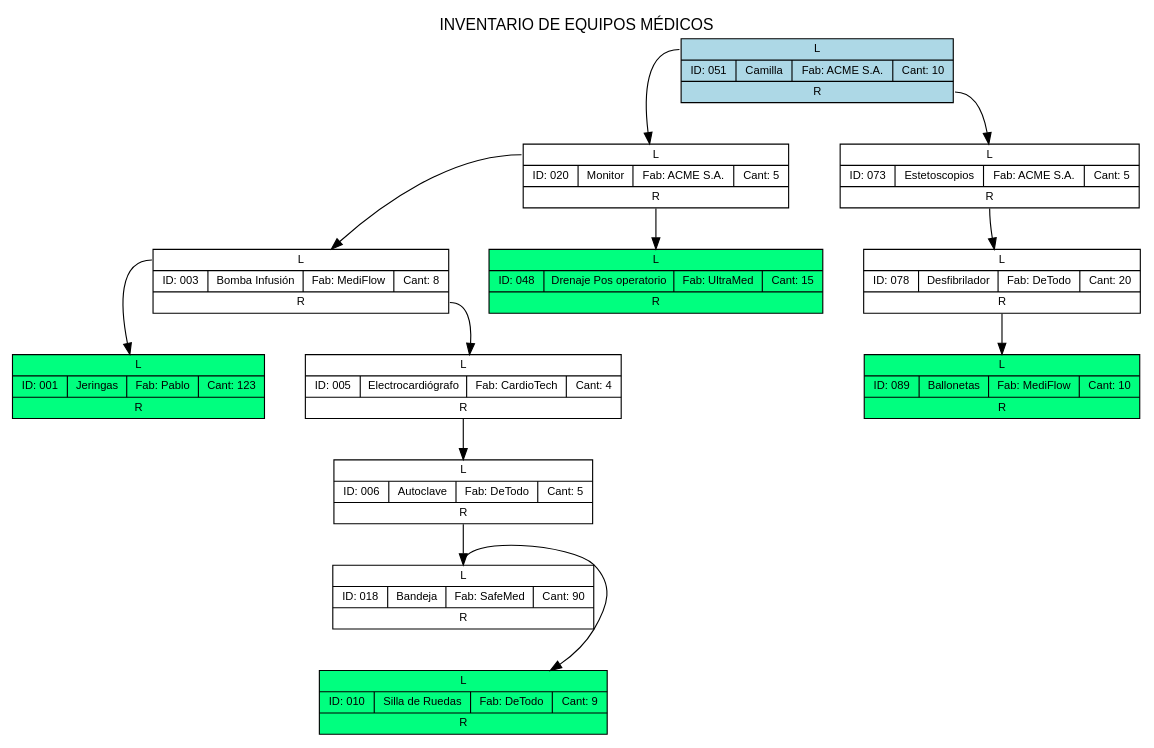
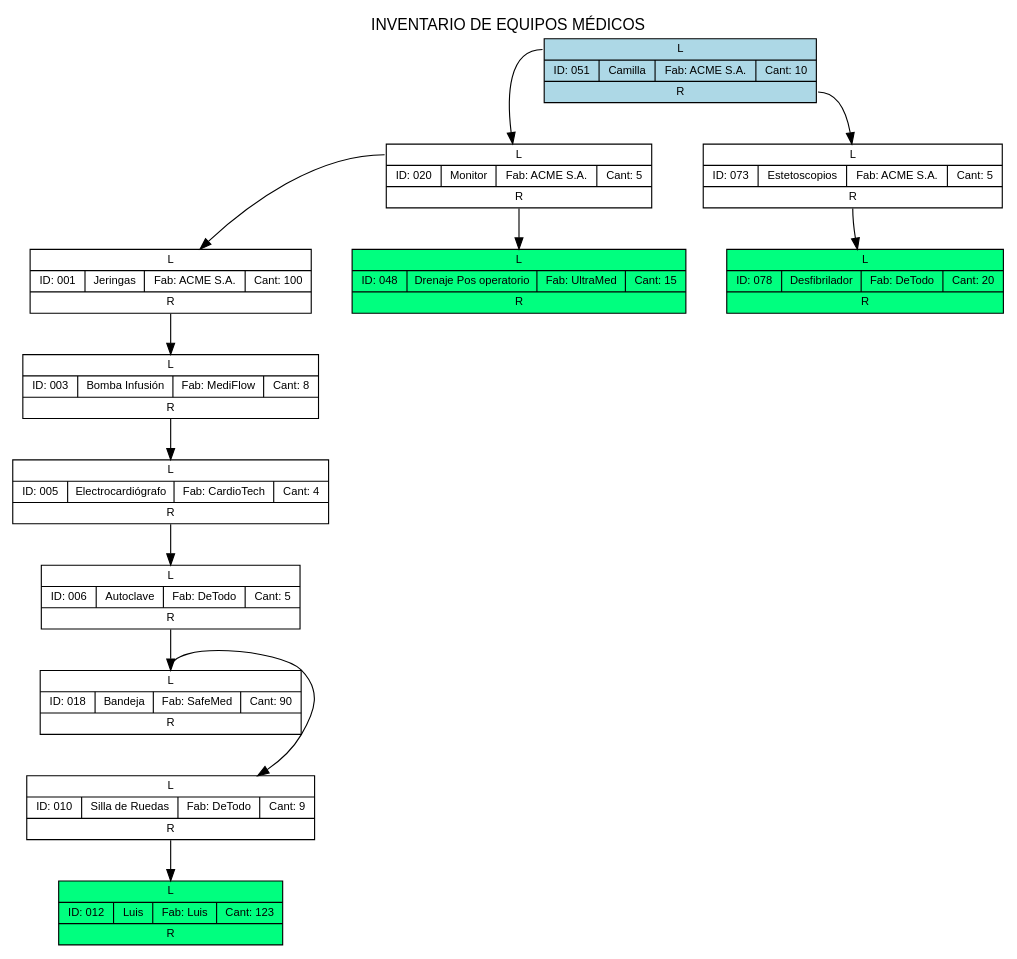
The diagram in EDD_Proyecto1_Fase2/Imagenes/reporte_equipo_bst.dot (Wicho45/EDD_1S2026_PY_202300727), drawn with Graphviz before and after one commit. The commit also changed 32 other files, not shown here.

```diff
--- a/EDD_Proyecto1_Fase2/Imagenes/reporte_equipo_bst.dot
+++ b/EDD_Proyecto1_Fase2/Imagenes/reporte_equipo_bst.dot
@@ -1,31 +1,31 @@
 digraph G {
     graph [ordering="out", ranksep=0.5, nodesep=0.5, fontname="Arial"];
     node [shape=record, fontname="Arial", fontsize=10, style=filled, fillcolor=white];
     edge [fontname="Arial", fontsize=8];
     label="INVENTARIO DE EQUIPOS MÉDICOS";
     labelloc="t";
 
-    "ModeloEquipoHASH0xa0304a138" [label="{ <f0> L | {ID: 051 | Camilla | Fab: ACME S.A. | Cant: 10} | <f2> R }", fillcolor="lightblue", periferies=2];
-    "ModeloEquipoHASH0xa0304a138":f0 -> "ModeloEquipoHASH0xa0304a690";
-    "ModeloEquipoHASH0xa0304a690" [label="{ <f0> L | {ID: 020 | Monitor | Fab: ACME S.A. | Cant: 5} | <f2> R }", fillcolor="white", periferies=1];
-    "ModeloEquipoHASH0xa0304a690":f0 -> "ModeloEquipoHASH0xa036efa08";
-    "ModeloEquipoHASH0xa036efa08" [label="{ <f0> L | {ID: 003 | Bomba Infusión | Fab: MediFlow | Cant: 8} | <f2> R }", fillcolor="white", periferies=1];
-    "ModeloEquipoHASH0xa036efa08":f0 -> "ModeloEquipoHASH0xa04553d68";
-    "ModeloEquipoHASH0xa04553d68" [label="{ <f0> L | {ID: 001 | Jeringas | Fab: Pablo | Cant: 123} | <f2> R }", fillcolor="springgreen", periferies=1];
-    "ModeloEquipoHASH0xa036efa08":f2 -> "ModeloEquipoHASH0xa03798a20";
-    "ModeloEquipoHASH0xa03798a20" [label="{ <f0> L | {ID: 005 | Electrocardiógrafo | Fab: CardioTech | Cant: 4} | <f2> R }", fillcolor="white", periferies=1];
-    "ModeloEquipoHASH0xa03798a20":f2 -> "ModeloEquipoHASH0xa0379b3c0";
-    "ModeloEquipoHASH0xa0379b3c0" [label="{ <f0> L | {ID: 006 | Autoclave | Fab: DeTodo | Cant: 5} | <f2> R }", fillcolor="white", periferies=1];
-    "ModeloEquipoHASH0xa0379b3c0":f2 -> "ModeloEquipoHASH0xa036e9a50";
-    "ModeloEquipoHASH0xa036e9a50" [label="{ <f0> L | {ID: 018 | Bandeja | Fab: SafeMed | Cant: 90} | <f2> R }", fillcolor="white", periferies=1];
-    "ModeloEquipoHASH0xa036e9a50":f0 -> "ModeloEquipoHASH0xa036eaac8";
-    "ModeloEquipoHASH0xa036eaac8" [label="{ <f0> L | {ID: 010 | Silla de Ruedas | Fab: DeTodo | Cant: 9} | <f2> R }", fillcolor="springgreen", periferies=1];
-    "ModeloEquipoHASH0xa0304a690":f2 -> "ModeloEquipoHASH0xa036ea2a0";
-    "ModeloEquipoHASH0xa036ea2a0" [label="{ <f0> L | {ID: 048 | Drenaje Pos operatorio | Fab: UltraMed | Cant: 15} | <f2> R }", fillcolor="springgreen", periferies=1];
-    "ModeloEquipoHASH0xa0304a138":f2 -> "ModeloEquipoHASH0xa036ef618";
-    "ModeloEquipoHASH0xa036ef618" [label="{ <f0> L | {ID: 073 | Estetoscopios | Fab: ACME S.A. | Cant: 5} | <f2> R }", fillcolor="white", periferies=1];
-    "ModeloEquipoHASH0xa036ef618":f2 -> "ModeloEquipoHASH0xa03798528";
-    "ModeloEquipoHASH0xa03798528" [label="{ <f0> L | {ID: 078 | Desfibrilador | Fab: DeTodo | Cant: 20} | <f2> R }", fillcolor="white", periferies=1];
-    "ModeloEquipoHASH0xa03798528":f2 -> "ModeloEquipoHASH0xa036e9720";
-    "ModeloEquipoHASH0xa036e9720" [label="{ <f0> L | {ID: 089 | Ballonetas | Fab: MediFlow | Cant: 10} | <f2> R }", fillcolor="springgreen", periferies=1];
+    "ModeloEquipoHASH0xc5faef288" [label="{ <f0> L | {ID: 051 | Camilla | Fab: ACME S.A. | Cant: 10} | <f2> R }", fillcolor="lightblue", periferies=2];
+    "ModeloEquipoHASH0xc5faef288":f0 -> "ModeloEquipoHASH0xc5faef7e0";
+    "ModeloEquipoHASH0xc5faef7e0" [label="{ <f0> L | {ID: 020 | Monitor | Fab: ACME S.A. | Cant: 5} | <f2> R }", fillcolor="white", periferies=1];
+    "ModeloEquipoHASH0xc5faef7e0":f0 -> "ModeloEquipoHASH0xc5faef948";
+    "ModeloEquipoHASH0xc5faef948" [label="{ <f0> L | {ID: 001 | Jeringas | Fab: ACME S.A. | Cant: 100} | <f2> R }", fillcolor="white", periferies=1];
+    "ModeloEquipoHASH0xc5faef948":f2 -> "ModeloEquipoHASH0xc5f44ab58";
+    "ModeloEquipoHASH0xc5f44ab58" [label="{ <f0> L | {ID: 003 | Bomba Infusión | Fab: MediFlow | Cant: 8} | <f2> R }", fillcolor="white", periferies=1];
+    "ModeloEquipoHASH0xc5f44ab58":f2 -> "ModeloEquipoHASH0xc5f44bb70";
+    "ModeloEquipoHASH0xc5f44bb70" [label="{ <f0> L | {ID: 005 | Electrocardiógrafo | Fab: CardioTech | Cant: 4} | <f2> R }", fillcolor="white", periferies=1];
+    "ModeloEquipoHASH0xc5f44bb70":f2 -> "ModeloEquipoHASH0xc5f44e510";
+    "ModeloEquipoHASH0xc5f44e510" [label="{ <f0> L | {ID: 006 | Autoclave | Fab: DeTodo | Cant: 5} | <f2> R }", fillcolor="white", periferies=1];
+    "ModeloEquipoHASH0xc5f44e510":f2 -> "ModeloEquipoHASH0xc5f450ba0";
+    "ModeloEquipoHASH0xc5f450ba0" [label="{ <f0> L | {ID: 018 | Bandeja | Fab: SafeMed | Cant: 90} | <f2> R }", fillcolor="white", periferies=1];
+    "ModeloEquipoHASH0xc5f450ba0":f0 -> "ModeloEquipoHASH0xc5f451c18";
+    "ModeloEquipoHASH0xc5f451c18" [label="{ <f0> L | {ID: 010 | Silla de Ruedas | Fab: DeTodo | Cant: 9} | <f2> R }", fillcolor="white", periferies=1];
+    "ModeloEquipoHASH0xc5f451c18":f2 -> "ModeloEquipoHASH0xc60cdcd08";
+    "ModeloEquipoHASH0xc60cdcd08" [label="{ <f0> L | {ID: 012 | Luis | Fab: Luis | Cant: 123} | <f2> R }", fillcolor="springgreen", periferies=1];
+    "ModeloEquipoHASH0xc5faef7e0":f2 -> "ModeloEquipoHASH0xc5f4513f0";
+    "ModeloEquipoHASH0xc5f4513f0" [label="{ <f0> L | {ID: 048 | Drenaje Pos operatorio | Fab: UltraMed | Cant: 15} | <f2> R }", fillcolor="springgreen", periferies=1];
+    "ModeloEquipoHASH0xc5faef288":f2 -> "ModeloEquipoHASH0xc5f44a768";
+    "ModeloEquipoHASH0xc5f44a768" [label="{ <f0> L | {ID: 073 | Estetoscopios | Fab: ACME S.A. | Cant: 5} | <f2> R }", fillcolor="white", periferies=1];
+    "ModeloEquipoHASH0xc5f44a768":f2 -> "ModeloEquipoHASH0xc5f44b678";
+    "ModeloEquipoHASH0xc5f44b678" [label="{ <f0> L | {ID: 078 | Desfibrilador | Fab: DeTodo | Cant: 20} | <f2> R }", fillcolor="springgreen", periferies=1];
 }
```
